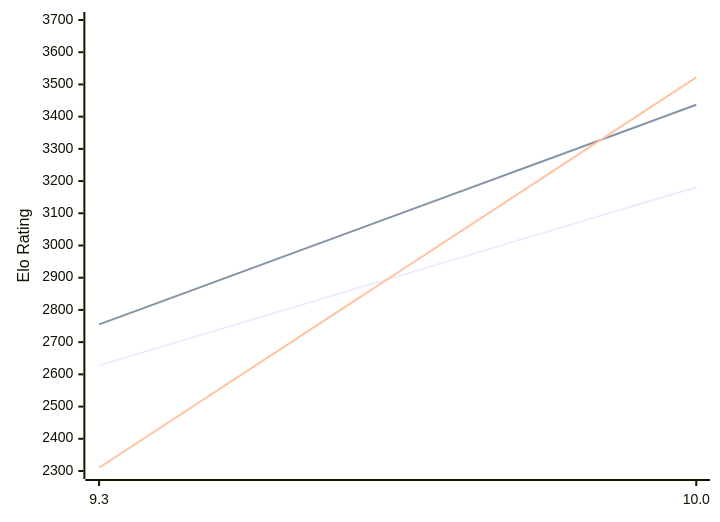
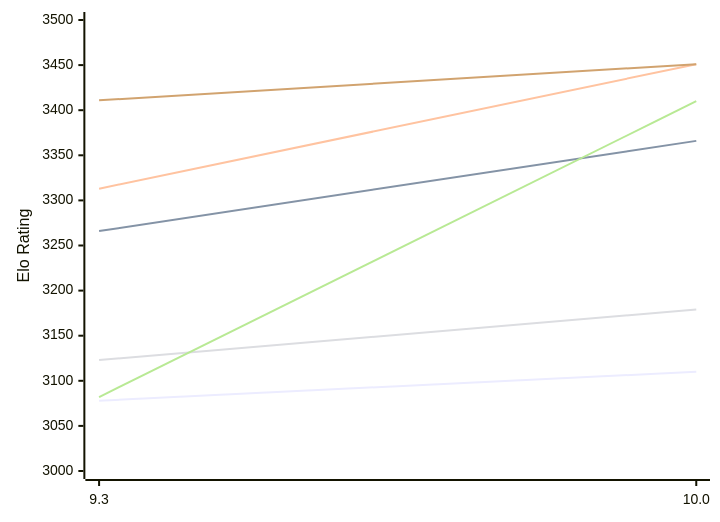
The first of 2 diagrams in engines/Fire.md (computer-chess-index/cci), drawn with Mermaid before and after one commit. The commit also changed other lines of this file, not shown here.

Commit message:
Update CCI Ratings (ELO VLTC) - 2026-11-13

````diff
--- a/engines/Fire.md
+++ b/engines/Fire.md
@@ -50,12 +50,12 @@
 ```mermaid
 %%{init: {"theme":"base","themeVariables":{"seriesColors:['#a3a3a3','#222221','#faa371']}}}%%
 xychart-beta
   x-axis ["9.3", "10.0"]
-  y-axis "Elo Rating" 2300 --> 3700
-  line "E1: STC (8.0+0.08s)" [2628, 3181]
-  line "E1: LTC (60.0+0.60s)" [2755, 3437]
-  line "E1: VLTC (2m24s+1.12s)" [2310, 3522]
-  line "P1: STC (8.0+0.08s)" [3347]
-  line "P1: LTC (60.0+0.60s)" [3578]
-  line "P1: VLTC (2m24s+1.12s)" [3619]
+  y-axis "Elo Rating" 3000 --> 3500
+  line "E1: STC (8.0+0.08s)" [3078, 3110]
+  line "E1: LTC (60.0+0.60s)" [3266, 3366]
+  line "E1: VLTC (2m24s+1.12s)" [3313, 3451]
+  line "P1: STC (8.0+0.08s)" [3123, 3179]
+  line "P1: LTC (60.0+0.60s)" [3082, 3410]
+  line "P1: VLTC (2m24s+1.12s)" [3411, 3451]
 ```
````
